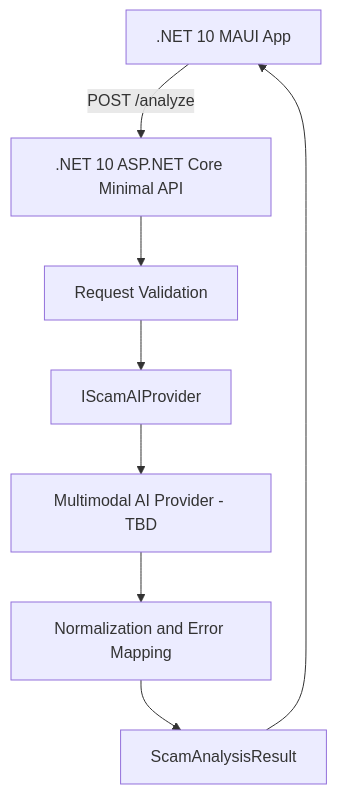
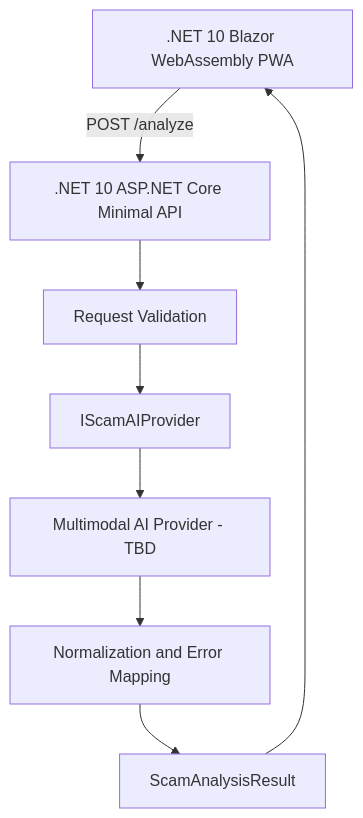
The diagram in README.md (csfishy/scamshield-ai), drawn with Mermaid before and after one commit. The commit also changed other lines of this file and 32 other files, not shown here.

First line of the commit message:
refactor(app): replace MAUI client with Blazor PWA

````diff
--- a/README.md
+++ b/README.md
@@ -38,10 +37,10 @@
 ```mermaid
 flowchart TD
-    A[.NET 10 MAUI App] -->|POST /analyze| B[.NET 10 ASP.NET Core Minimal API]
+    A[.NET 10 Blazor WebAssembly PWA] -->|POST /analyze| B[.NET 10 ASP.NET Core Minimal API]
     B --> C[Request Validation]
     C --> D[IScamAIProvider]
     D --> E[Multimodal AI Provider - TBD]
     E --> F[Normalization and Error Mapping]
     F --> G[ScamAnalysisResult]
     G --> A
 ```
````
